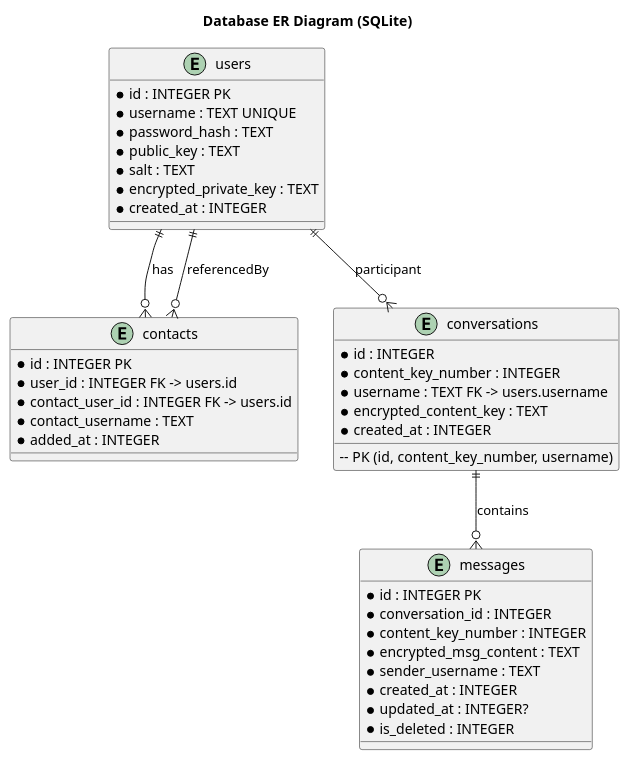
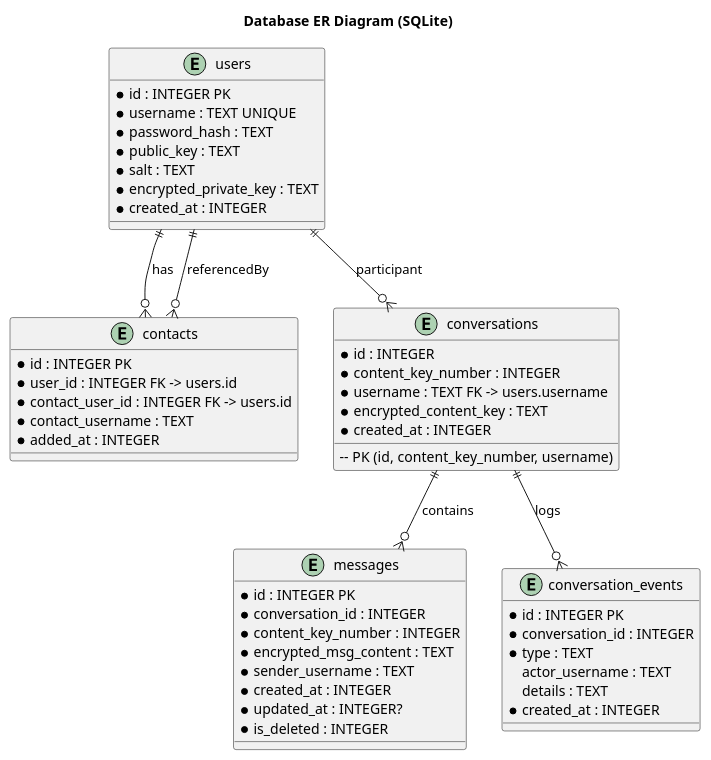
One commit to jhanra13/DJABHR-SecDove changed the diagram in docs/plantuml/db-er-diagram.puml. Above: the diagram before and after it, drawn with PlantUML. The commit also changed 9 other files, not shown here.

```diff
--- a/docs/plantuml/db-er-diagram.puml
+++ b/docs/plantuml/db-er-diagram.puml
@@ -1,47 +1,57 @@
 @startuml
 title Database ER Diagram (SQLite)
 
 entity users {
   *id : INTEGER PK
   *username : TEXT UNIQUE
   *password_hash : TEXT
   *public_key : TEXT
   *salt : TEXT
   *encrypted_private_key : TEXT
   *created_at : INTEGER
 }
 
 entity contacts {
   *id : INTEGER PK
   *user_id : INTEGER FK -> users.id
   *contact_user_id : INTEGER FK -> users.id
   *contact_username : TEXT
   *added_at : INTEGER
 }
 
 entity conversations {
   *id : INTEGER
   *content_key_number : INTEGER
   *username : TEXT FK -> users.username
   *encrypted_content_key : TEXT
   *created_at : INTEGER
   -- PK (id, content_key_number, username)
 }
 
 entity messages {
   *id : INTEGER PK
   *conversation_id : INTEGER
   *content_key_number : INTEGER
   *encrypted_msg_content : TEXT
   *sender_username : TEXT
   *created_at : INTEGER
   *updated_at : INTEGER?
   *is_deleted : INTEGER
 }
 
+entity conversation_events {
+  *id : INTEGER PK
+  *conversation_id : INTEGER
+  *type : TEXT
+  actor_username : TEXT
+  details : TEXT
+  *created_at : INTEGER
+}
+
 users ||--o{ contacts : has
 users ||--o{ contacts : referencedBy
 users ||--o{ conversations : participant
 conversations ||--o{ messages : contains
+conversations ||--o{ conversation_events : logs
 
 @enduml
```
